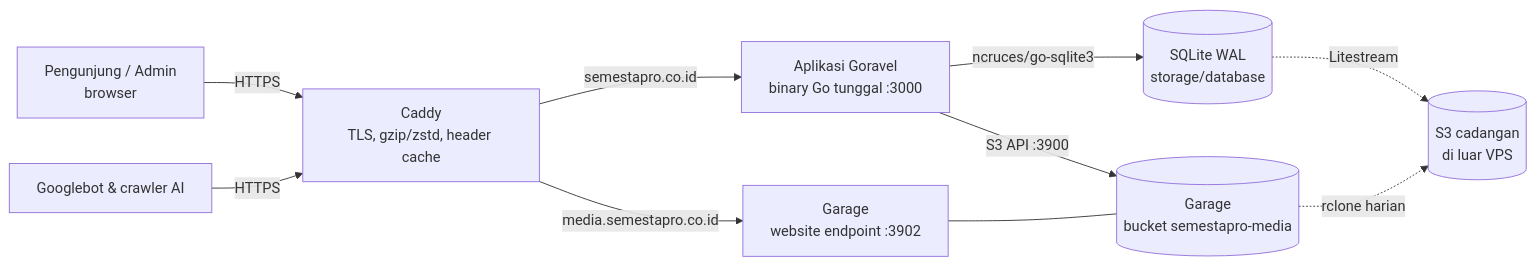
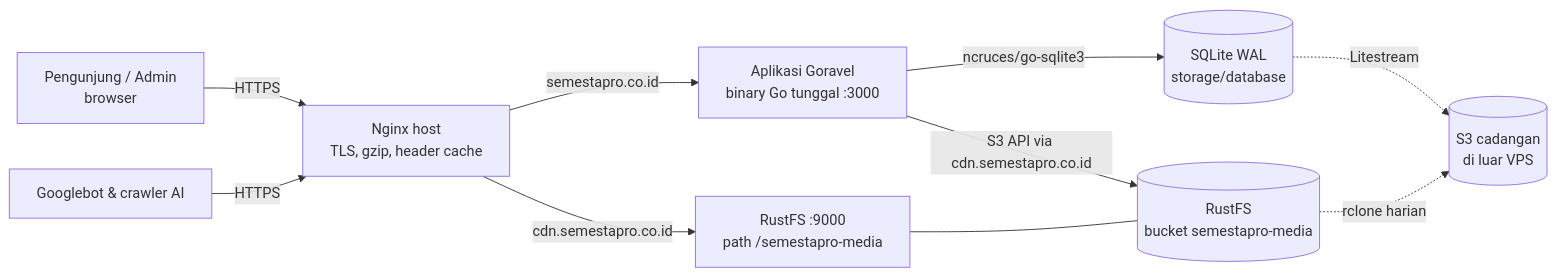
Before and after one commit to Bidtech-Solutions/bidtech: the diagram in projects/semestapro-project/docs/ARCHITECTURE.md, drawn with Mermaid. The commit also changed other lines of this file and 21 other files, not shown here.

Commit message:
Update architecture S3 Bucket Semesta Pro To RustFS, and adding github CI/CD

````diff
--- a/projects/semestapro-project/docs/ARCHITECTURE.md
+++ b/projects/semestapro-project/docs/ARCHITECTURE.md
@@ -11,12 +11,12 @@
 ```mermaid
 flowchart LR
-    U[Pengunjung / Admin<br/>browser] -->|HTTPS| C[Caddy<br/>TLS, gzip/zstd, header cache]
+    U[Pengunjung / Admin<br/>browser] -->|HTTPS| C[Nginx host<br/>TLS, gzip, header cache]
     B[Googlebot & crawler AI] -->|HTTPS| C
     C -->|semestapro.co.id| A[Aplikasi Goravel<br/>binary Go tunggal :3000]
-    C -->|media.semestapro.co.id| GW[Garage<br/>website endpoint :3902]
-    A -->|S3 API :3900| G[(Garage<br/>bucket semestapro-media)]
+    C -->|cdn.semestapro.co.id| GW[RustFS :9000<br/>path /semestapro-media]
+    A -->|S3 API via cdn.semestapro.co.id| G[(RustFS<br/>bucket semestapro-media)]
     GW --- G
     A -->|ncruces/go-sqlite3| D[(SQLite WAL<br/>storage/database)]
     D -. Litestream .-> R[(S3 cadangan<br/>di luar VPS)]
     G -. rclone harian .-> R
 ```
````
